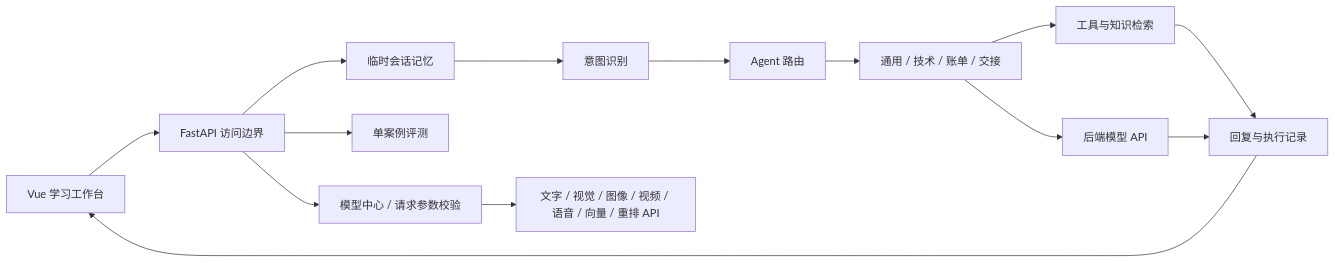
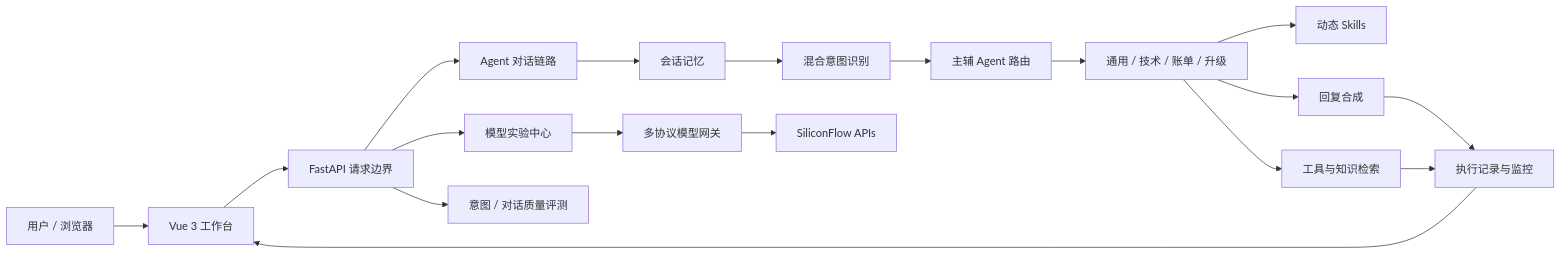
One commit to ASEpochs/epochflow changed the diagram in README.md. Above: the diagram before and after it, drawn with Mermaid. The commit also changed other lines of this file and 13 other files, not shown here.

Commit message:
Reframe EpochFlow as an Agent engineering portfolio

````diff
--- a/README.md
+++ b/README.md
@@ -29,16 +92,23 @@
 ```mermaid
 flowchart LR
-  UI[Vue 学习工作台] --> API[FastAPI 访问边界]
-  API --> Memory[临时会话记忆]
-  Memory --> Intent[意图识别]
-  Intent --> Router[Agent 路由]
-  Router --> Agents[通用 / 技术 / 账单 / 交接]
+  User[用户 / 浏览器] --> UI[Vue 3 工作台]
+  UI --> Boundary[FastAPI 请求边界]
+
+  Boundary --> Chat[Agent 对话链路]
+  Chat --> Memory[会话记忆]
+  Memory --> Intent[混合意图识别]
+  Intent --> Router[主辅 Agent 路由]
+  Router --> Agents[通用 / 技术 / 账单 / 升级]
+  Agents --> Skills[动态 Skills]
   Agents --> Tools[工具与知识检索]
-  Agents --> LLM[后端模型 API]
-  Tools --> Response[回复与执行记录]
-  LLM --> Response
-  Response --> UI
-  API --> Eval[单案例评测]
-  API --> Studio[模型中心 / 请求参数校验]
-  Studio --> SiliconFlow[文字 / 视觉 / 图像 / 视频 / 语音 / 向量 / 重排 API]
+  Agents --> Composer[回复合成]
+
+  Boundary --> Studio[模型实验中心]
+  Studio --> Gateway[多协议模型网关]
+  Gateway --> SiliconFlow[SiliconFlow APIs]
+
+  Composer --> Trace[执行记录与监控]
+  Tools --> Trace
+  Trace --> UI
+  Boundary --> Eval[意图 / 对话质量评测]
 ```
````
